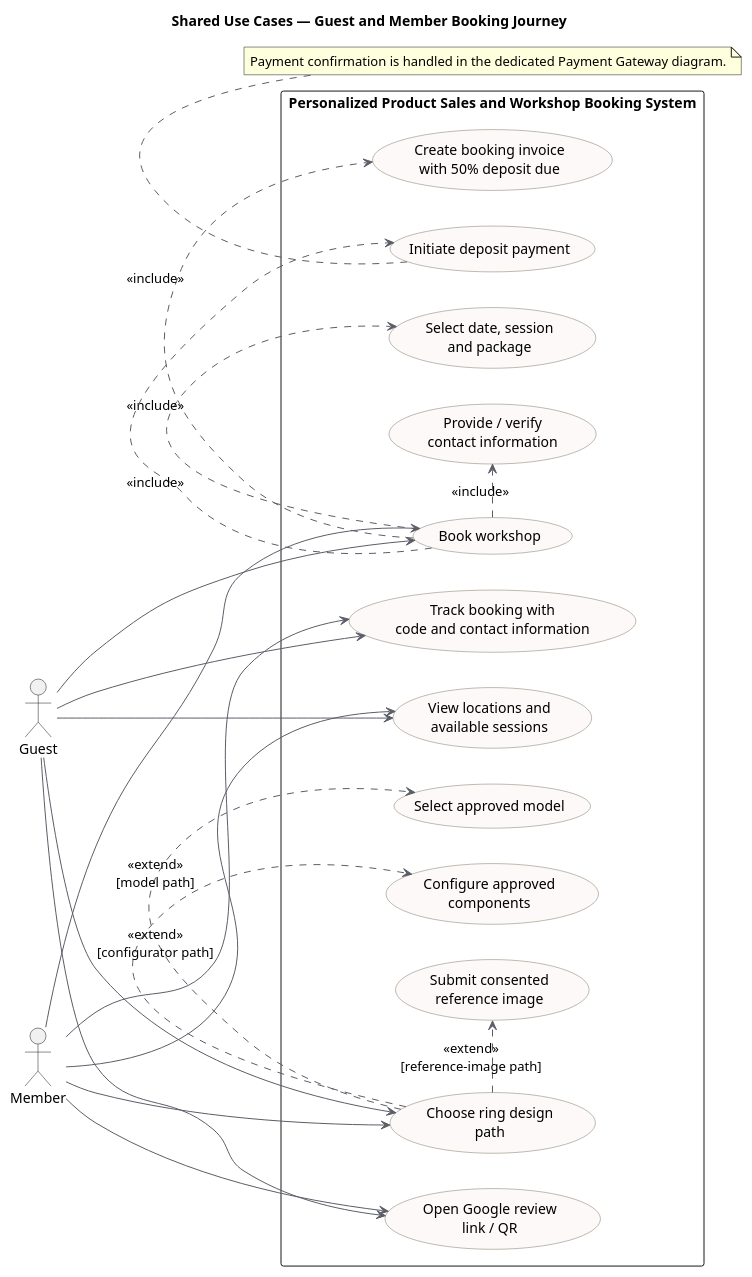
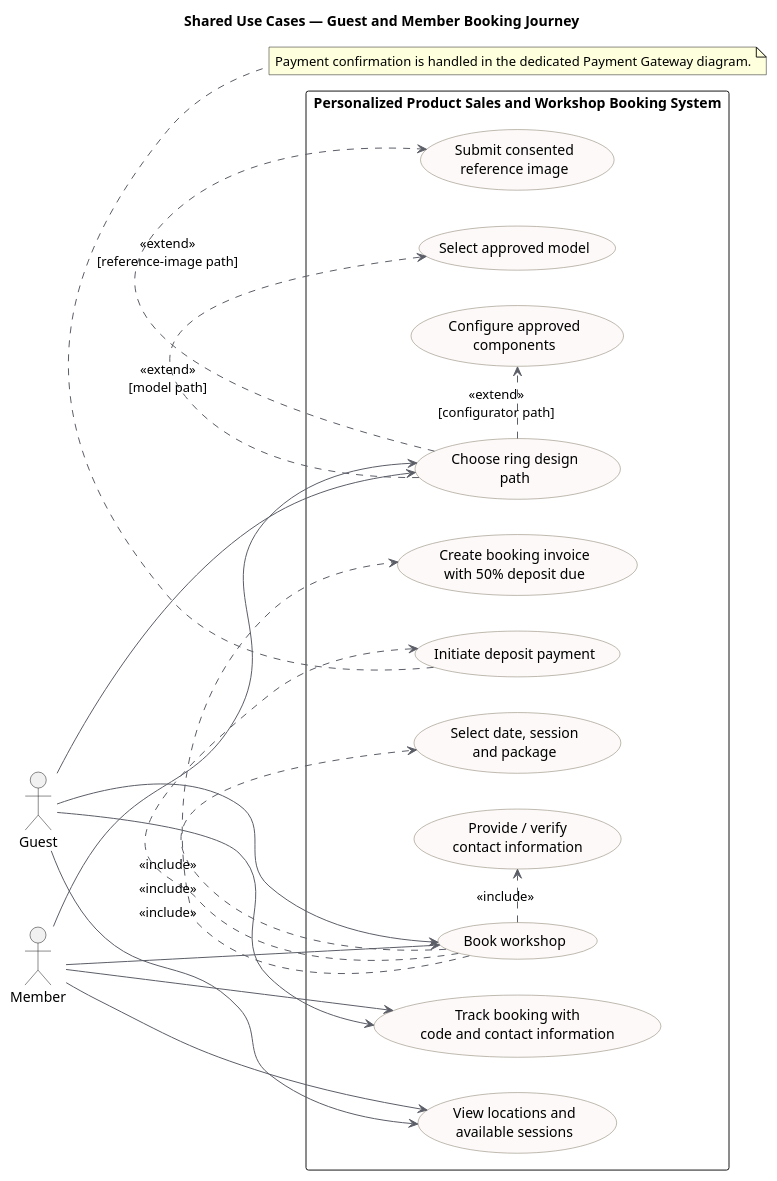
Before and after one commit to quoc-ca/mland-operations-hub: the diagram in documents/docs/report-3-software-requirement-specification/assets/diagrams/use-cases/01-shared-guest-member-booking.puml, drawn with PlantUML. The commit also changed 22 other files, not shown here.

First line of the commit message:
docs: bỏ Google Maps khỏi báo cáo và spec; vẽ lại sơ đồ use case Guest và Member

```diff
--- a/documents/docs/report-3-software-requirement-specification/assets/diagrams/use-cases/01-shared-guest-member-booking.puml
+++ b/documents/docs/report-3-software-requirement-specification/assets/diagrams/use-cases/01-shared-guest-member-booking.puml
@@ -1,54 +1,51 @@
 @startuml
 !pragma charset UTF-8
 title Shared Use Cases — Guest and Member Booking Journey
 left to right direction
 skinparam shadowing false
 skinparam packageStyle rectangle
 skinparam usecase {
   BackgroundColor #FCF9F8
   BorderColor #807663
   ArrowColor #5B5E67
 }
 
 actor Guest
 actor Member
 
 rectangle "Personalized Product Sales and Workshop Booking System" {
   usecase "View locations and\navailable sessions" as ViewSessions
   usecase "Book workshop" as Book
   usecase "Select date, session\nand package" as SelectSession
   usecase "Provide / verify\ncontact information" as Contact
   usecase "Choose ring design\npath" as Design
   usecase "Select approved model" as Model
   usecase "Configure approved\ncomponents" as Configure
   usecase "Submit consented\nreference image" as Image
   usecase "Create booking invoice\nwith 50% deposit due" as Invoice
   usecase "Initiate deposit payment" as Deposit
   usecase "Track booking with\ncode and contact information" as Track
-  usecase "Open Google review\nlink / QR" as ReviewLink
 }
 
 Guest --> ViewSessions
 Guest --> Book
 Guest --> Design
 Guest --> Track
-Guest --> ReviewLink
 
 Member --> ViewSessions
 Member --> Book
 Member --> Design
 Member --> Track
-Member --> ReviewLink
 
 Book .> SelectSession : <<include>>
 Book .> Contact : <<include>>
 Book .> Invoice : <<include>>
 Book .> Deposit : <<include>>
 Design .> Model : <<extend>>\n[model path]
 Design .> Configure : <<extend>>\n[configurator path]
 Design .> Image : <<extend>>\n[reference-image path]
 
 note bottom of Deposit
 Payment confirmation is handled in the dedicated Payment Gateway diagram.
 end note
 @enduml
```
